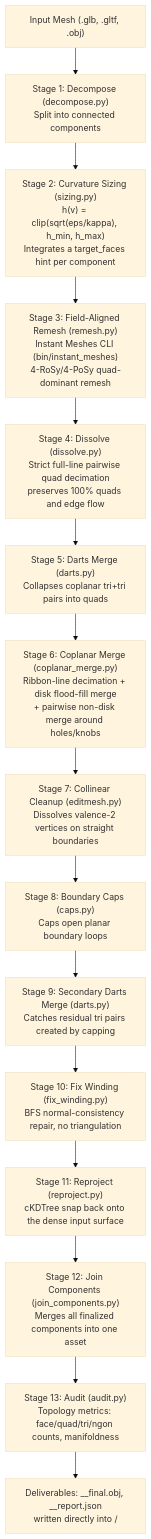
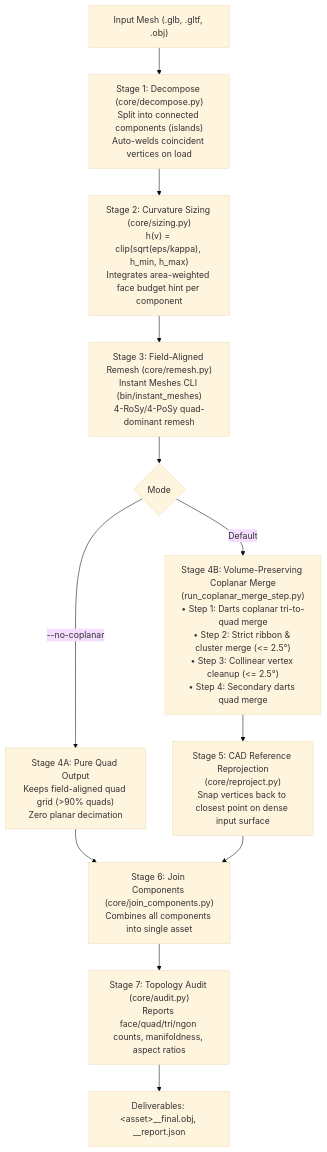
The diagram in PIPELINE_ARCHITECTURE.md (bhargavreddy-ctruh/3d_tripo_repo), drawn with Mermaid (base theme) before and after one commit. The commit also changed other lines of this file and 14 other files, not shown here.

First line of the commit message:
feat: add volume-preserving Instant Meshes pipeline and comprehensive documentation

````diff
--- a/PIPELINE_ARCHITECTURE.md
+++ b/PIPELINE_ARCHITECTURE.md
@@ -10,17 +9,20 @@
 ```mermaid
 flowchart TD
-    Input["Input Mesh (.glb, .gltf, .obj)"] --> Decompose["Stage 1: Decompose (decompose.py)<br/>Split into connected components"]
-    Decompose --> Sizing["Stage 2: Curvature Sizing (sizing.py)<br/>h(v) = clip(sqrt(eps/kappa), h_min, h_max)<br/>Integrates a target_faces hint per component"]
-    Sizing --> Remesh["Stage 3: Field-Aligned Remesh (remesh.py)<br/>Instant Meshes CLI (bin/instant_meshes)<br/>4-RoSy/4-PoSy quad-dominant remesh"]
-    Remesh --> Dissolve["Stage 4: Dissolve (dissolve.py)<br/>Strict full-line pairwise quad decimation<br/>preserves 100% quads and edge flow"]
-    Dissolve --> Darts1["Stage 5: Darts Merge (darts.py)<br/>Collapses coplanar tri+tri pairs into quads"]
-    Darts1 --> Coplanar["Stage 6: Coplanar Merge (coplanar_merge.py)<br/>Ribbon-line decimation + disk flood-fill merge<br/>+ pairwise non-disk merge around holes/knobs"]
-    Coplanar --> Collinear["Stage 7: Collinear Cleanup (editmesh.py)<br/>Dissolves valence-2 vertices on straight boundaries"]
-    Collinear --> Caps["Stage 8: Boundary Caps (caps.py)<br/>Caps open planar boundary loops"]
-    Caps --> Darts2["Stage 9: Secondary Darts Merge (darts.py)<br/>Catches residual tri pairs created by capping"]
-    Darts2 --> Winding["Stage 10: Fix Winding (fix_winding.py)<br/>BFS normal-consistency repair, no triangulation"]
-    Winding --> Reproject["Stage 11: Reproject (reproject.py)<br/>cKDTree snap back onto the dense input surface"]
-    Reproject --> Join["Stage 12: Join Components (join_components.py)<br/>Merges all finalized components into one asset"]
-    Join --> Audit["Stage 13: Audit (audit.py)<br/>Topology metrics: face/quad/tri/ngon counts, manifoldness"]
-    Audit --> Deliverables["Deliverables: <base_name>__final.obj, __report.json<br/>written directly into <output_directory>/"]
+    Input["Input Mesh (.glb, .gltf, .obj)"] --> Decompose["Stage 1: Decompose (core/decompose.py)<br/>Split into connected components (islands)<br/>Auto-welds coincident vertices on load"]
+    Decompose --> Sizing["Stage 2: Curvature Sizing (core/sizing.py)<br/>h(v) = clip(sqrt(eps/kappa), h_min, h_max)<br/>Integrates area-weighted face budget hint per component"]
+    Sizing --> Remesh["Stage 3: Field-Aligned Remesh (core/remesh.py)<br/>Instant Meshes CLI (bin/instant_meshes)<br/>4-RoSy/4-PoSy quad-dominant remesh"]
+    
+    Remesh --> ModeBranch{"Mode"}
+    
+    ModeBranch -->|"--no-coplanar"| PureQuad["Stage 4A: Pure Quad Output<br/>Keeps field-aligned quad grid (>90% quads)<br/>Zero planar decimation"]
+    
+    ModeBranch -->|"Default"| CoplanarMerge["Stage 4B: Volume-Preserving Coplanar Merge<br/>(run_coplanar_merge_step.py)<br/>• Step 1: Darts coplanar tri-to-quad merge<br/>• Step 2: Strict ribbon & cluster merge (<= 2.5°)<br/>• Step 3: Collinear vertex cleanup (<= 2.5°)<br/>• Step 4: Secondary darts quad merge"]
+    
+    CoplanarMerge --> Reproject["Stage 5: CAD Reference Reprojection<br/>(core/reproject.py)<br/>Snap vertices back to closest point on dense input surface"]
+    
+    PureQuad --> Join["Stage 6: Join Components (core/join_components.py)<br/>Combines all components into single asset"]
+    Reproject --> Join
+    
+    Join --> Audit["Stage 7: Topology Audit (core/audit.py)<br/>Reports face/quad/tri/ngon counts, manifoldness, aspect ratios"]
+    Audit --> Deliverables["Deliverables: &lt;asset&gt;__final.obj, __report.json"]
 ```
````
